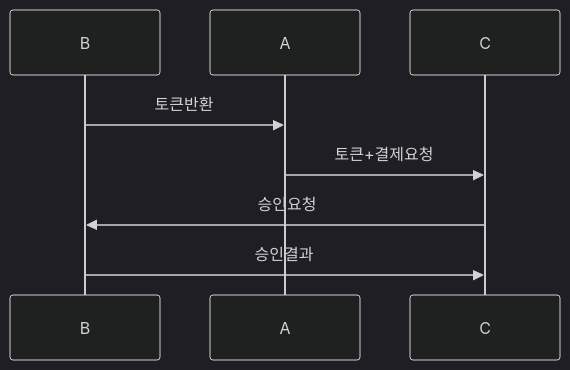
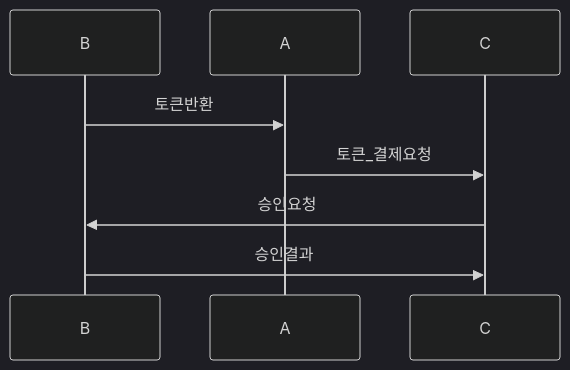
Before and after one commit to yjkim2015/yjkim2015.github.io: the sixth of 6 diagrams in _posts/systemdesign/2026-05-03-system-design-payment.md, drawn with Mermaid (dark theme). The commit also changed 38 other files, not shown here.

First line of the commit message:
Mermaid 파싱 에러 최종 수정 + 화살표 간격 확대

````diff
--- a/_posts/systemdesign/2026-05-03-system-design-payment.md
+++ b/_posts/systemdesign/2026-05-03-system-design-payment.md
@@ -782,7 +782,7 @@
 ```mermaid
 sequenceDiagram
     B->>A: 토큰반환
-    A->>C: 토큰+결제요청
+    A->>C: 토큰_결제요청
     C->>B: 승인요청
     B->>C: 승인결과
 ```
````
